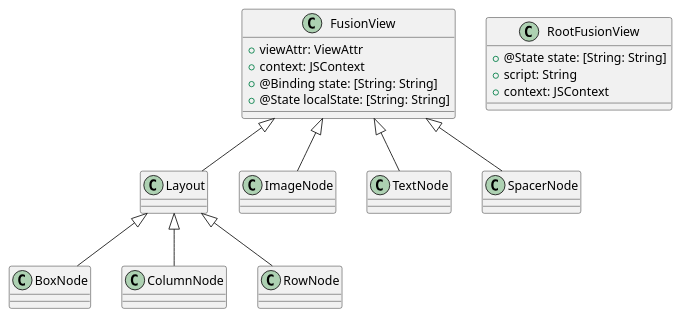
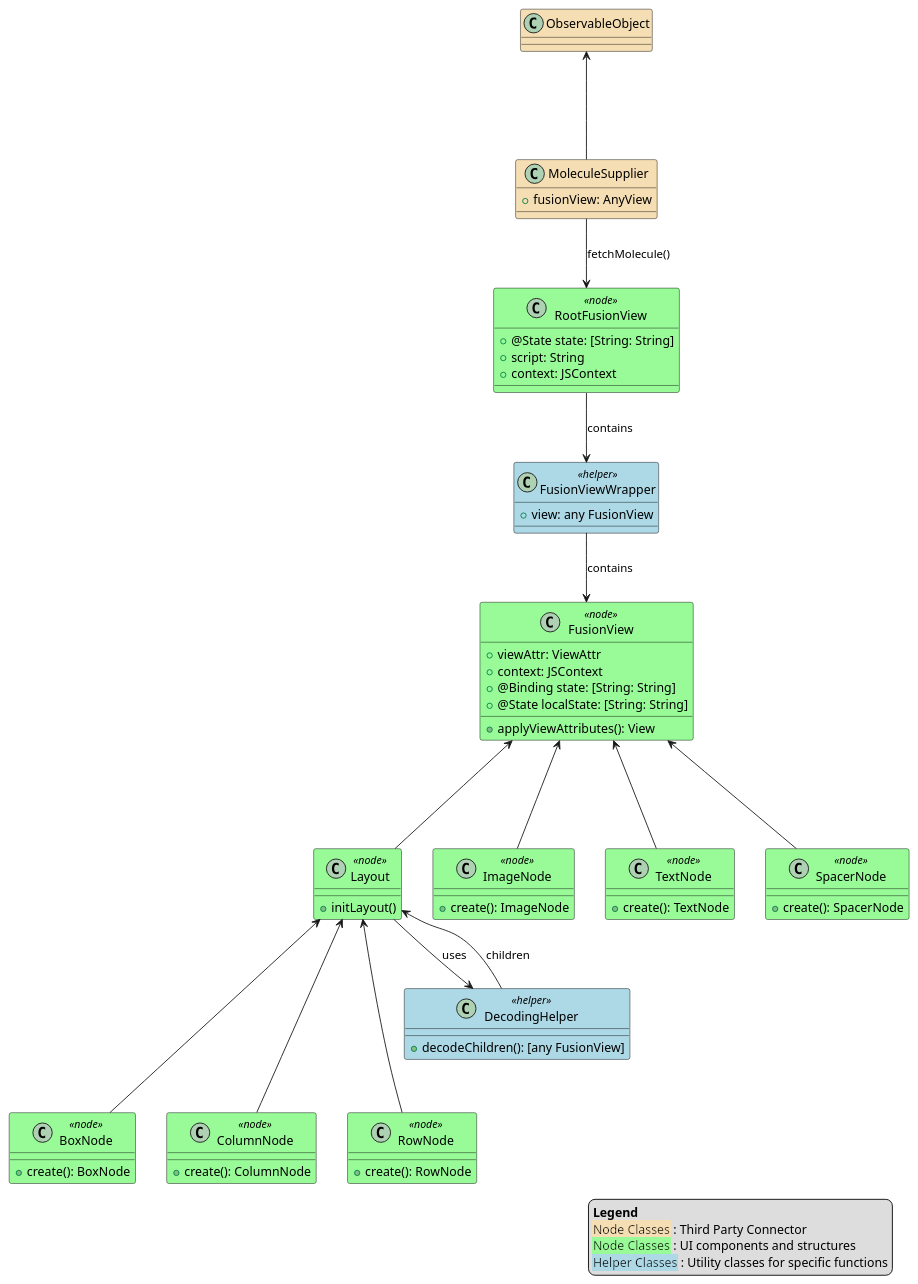
The diagram in uml/FusionProducerDiagram.puml (Hillwar/FusionV2), drawn with PlantUML before and after one commit. The commit also changed 7 other files, not shown here.

```diff
--- a/uml/FusionProducerDiagram.puml
+++ b/uml/FusionProducerDiagram.puml
@@ -1,44 +1,89 @@
 @startuml
-class FusionView {
-+ viewAttr: ViewAttr
-+ context: JSContext
-+ @Binding state: [String: String]
-+ @State localState: [String: String]
+
+skinparam class {
+    BackgroundColor Wheat
+    BorderColor Black
+    Shadowing true
 }
 
-class Layout {
+skinparam class {
+    BackgroundColor<<node>> PaleGreen
+    BackgroundColor<<helper>> LightBlue
 }
 
-class BoxNode {
+class FusionView <<node>> {
+    + viewAttr: ViewAttr
+    + context: JSContext
+    + @Binding state: [String: String]
+    + @State localState: [String: String]
+    + applyViewAttributes(): View
 }
 
-class ColumnNode {
+class Layout <<node>> {
+    + initLayout()
 }
 
-class RowNode {
+class BoxNode <<node>> {
+    + create(): BoxNode
 }
 
-class ImageNode {
+class ColumnNode <<node>> {
+    + create(): ColumnNode
 }
 
-class TextNode {
+class RowNode <<node>> {
+    + create(): RowNode
 }
 
-class SpacerNode {
+class ImageNode <<node>> {
+    + create(): ImageNode
 }
 
-class RootFusionView {
-+ @State state: [String: String]
-+ script: String
-+ context: JSContext
+class TextNode <<node>> {
+    + create(): TextNode
 }
 
+class SpacerNode <<node>> {
+    + create(): SpacerNode
+}
 
-Layout <|-- ColumnNode
-FusionView <|-- Layout
-Layout <|-- BoxNode
-FusionView <|-- ImageNode
-Layout <|-- RowNode
-FusionView <|-- TextNode
-FusionView <|-- SpacerNode
+class MoleculeSupplier {
+    + fusionView: AnyView
+}
+
+class FusionViewWrapper <<helper>> {
+    + view: any FusionView
+}
+
+class RootFusionView <<node>> {
+    + @State state: [String: String]
+    + script: String
+    + context: JSContext
+}
+
+class DecodingHelper <<helper>> {
+    + decodeChildren(): [any FusionView]
+}
+
+ObservableObject <--- MoleculeSupplier
+MoleculeSupplier --> RootFusionView : "fetchMolecule()"
+RootFusionView --> FusionViewWrapper : "contains"
+FusionViewWrapper --> FusionView : "contains"
+Layout <--- ColumnNode
+Layout <--- BoxNode
+Layout <--- RowNode
+FusionView <--- Layout
+FusionView <--- ImageNode
+FusionView <--- TextNode
+FusionView <--- SpacerNode
+Layout --> DecodingHelper : "uses"
+DecodingHelper --> Layout : "children"
+
+legend right
+    <b>Legend</b>
+    <back:Wheat>Node Classes</back> : Third Party Connector
+    <back:PaleGreen>Node Classes</back> : UI components and structures
+    <back:LightBlue>Helper Classes</back> : Utility classes for specific functions
+endlegend
+
 @enduml
```
